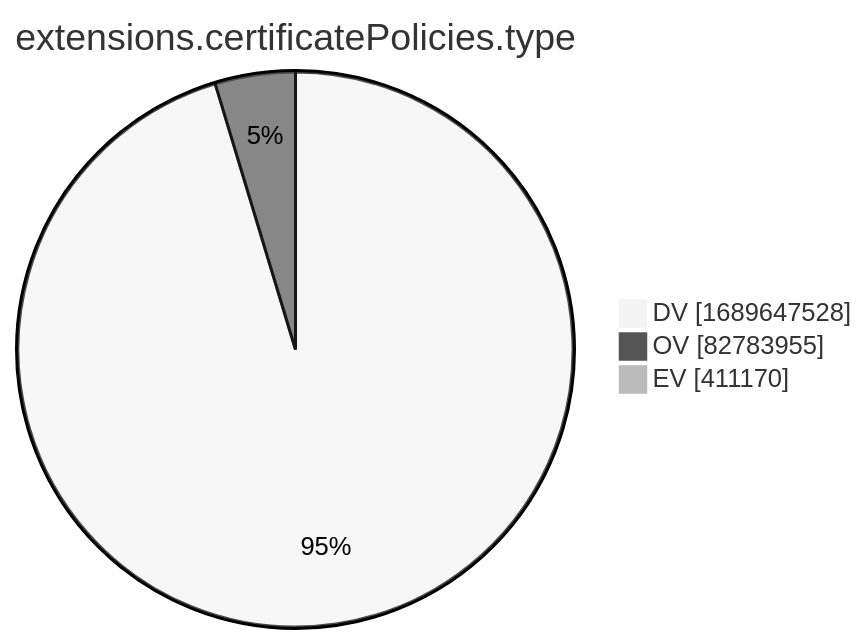
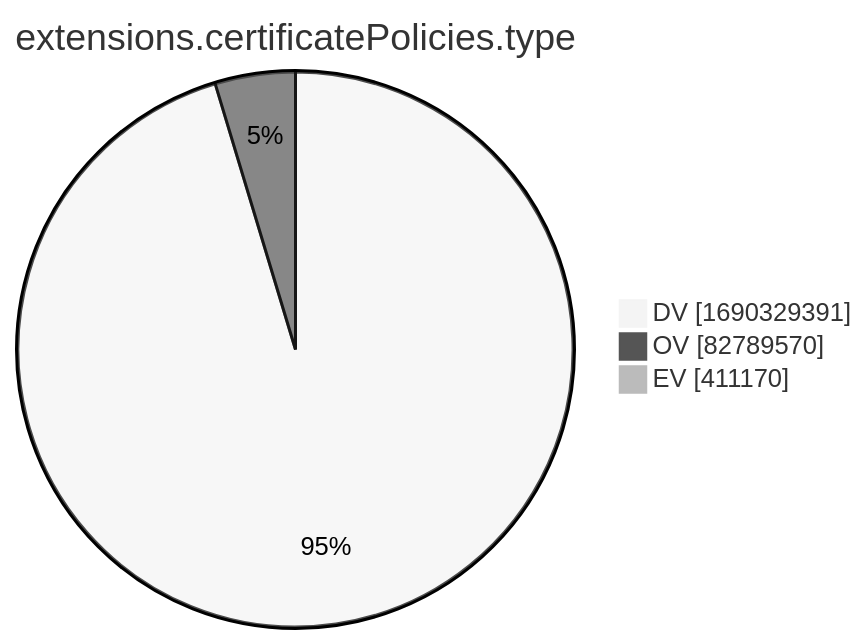
Before and after one commit to christiankrug/ctmonitor_visualization: the tenth of 15 diagrams in xenon2022/README.md, drawn with Mermaid (neutral theme). The commit also changed other lines of this file, not shown here.

````diff
--- a/xenon2022/README.md
+++ b/xenon2022/README.md
@@ -2881,7 +2881,7 @@
 ```mermaid
 pie showData
 title extensions.certificatePolicies.type
-"DV" :1689647528
-"OV" :82783955
+"DV" :1690329391
+"OV" :82789570
 "EV" :411170
 ```
````
